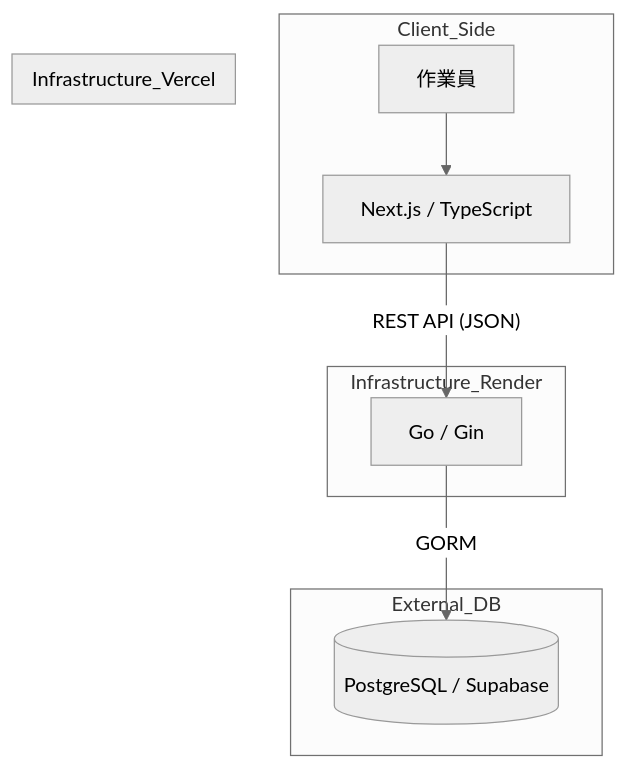
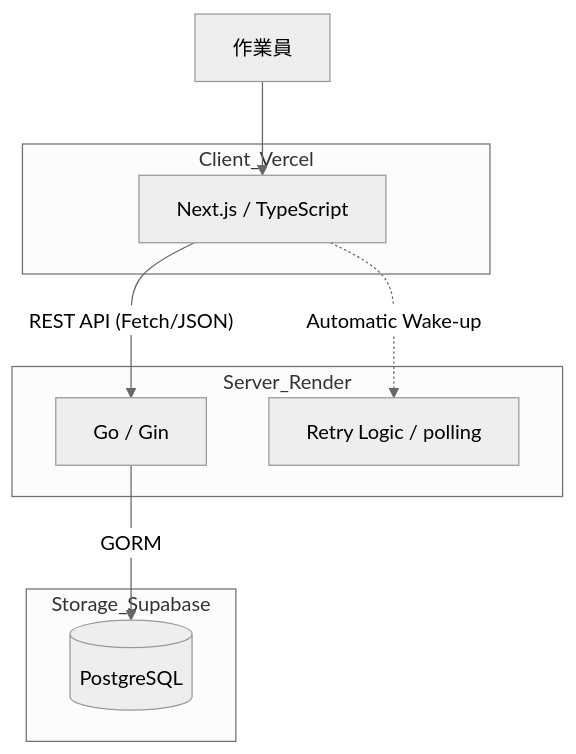
One commit to Everybodyhappyok4416/standard-operating-procedures changed the first of 2 diagrams in README.md. Above: the diagram before and after it, drawn with Mermaid (neutral theme). The commit also changed other lines of this file, not shown here.

````diff
--- a/README.md
+++ b/README.md
@@ -27,21 +27,20 @@
 ```mermaid
 graph TD
-    subgraph Client_Side
-        User[作業員] --> FE[Next.js / TypeScript]
+    subgraph Client_Vercel
+        FE[Next.js / TypeScript]
     end
 
-    subgraph Infrastructure_Vercel
-        FE
+    subgraph Server_Render
+        BE[Go / Gin]
+        RE[Retry Logic / polling]
     end
 
-    subgraph Infrastructure_Render
-        BE[Go / Gin]
+    subgraph Storage_Supabase
+        DB[(PostgreSQL)]
     end
 
-    subgraph External_DB
-        DB[(PostgreSQL / Supabase)]
-    end
-
-    FE -- "REST API (JSON)" --> BE
+    User[作業員] --> FE
+    FE -- "REST API (Fetch/JSON)" --> BE
+    FE -. "Automatic Wake-up" .-> RE
     BE -- "GORM" --> DB
 ```
````
